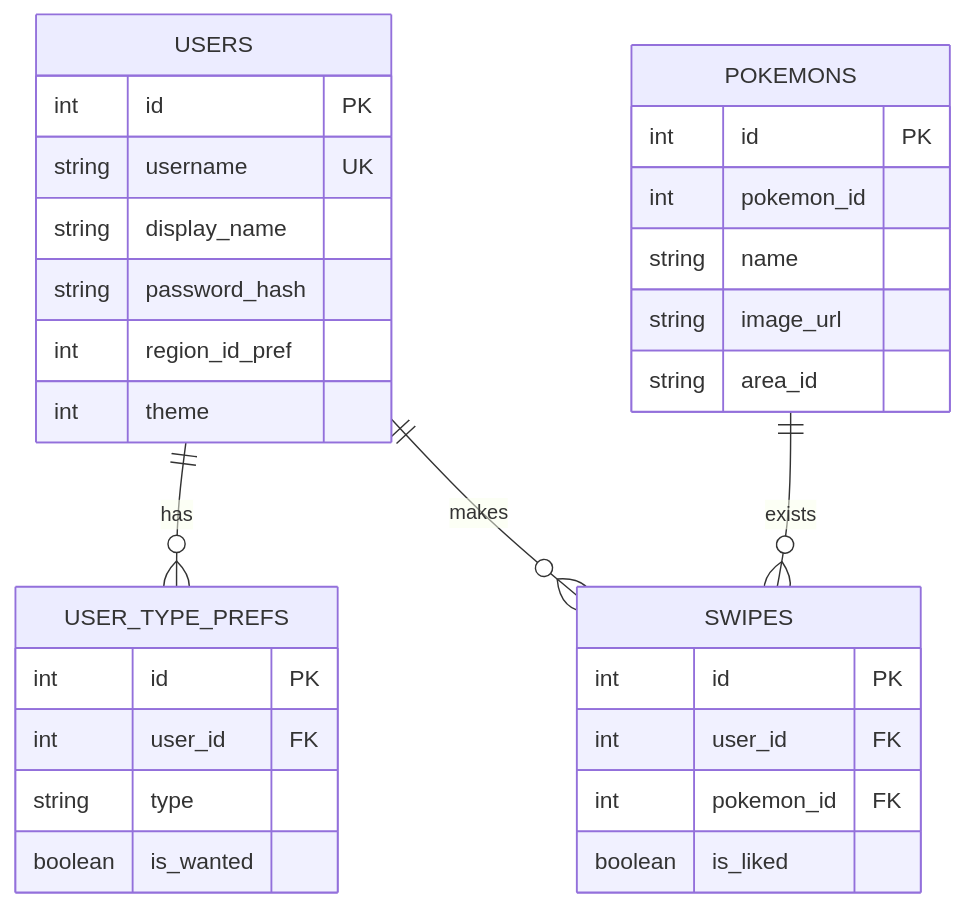
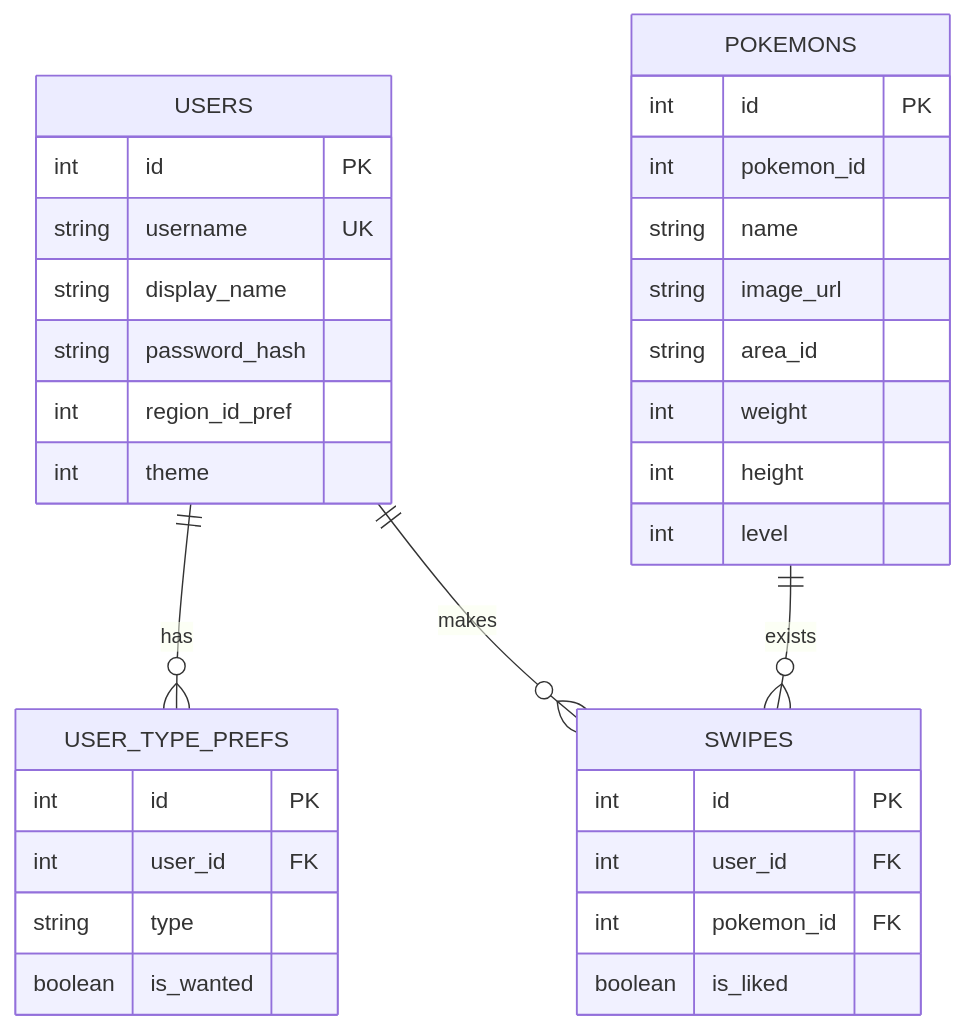
Before and after one commit to hauglandvegard/DexMatch: the second of 3 diagrams in README.md, drawn with Mermaid.

Commit message:
Updated README.md - Updated the database for Pokémons

````diff
--- a/README.md
+++ b/README.md
@@ -67,37 +67,40 @@
   ```mermaid
   erDiagram
       USERS {
           int id PK
           string username UK
           string display_name
           string password_hash
           int region_id_pref
           int theme
       }
       
       USER_TYPE_PREFS {
           int id PK
           int user_id FK
           string type
           boolean is_wanted
       }
       
       POKEMONS {
           int id PK          
           int pokemon_id
           string name
           string image_url
           string area_id
+          int weight
+          int height
+          int level
       }
       
       SWIPES {
           int id PK
           int user_id FK
           int pokemon_id FK
           boolean is_liked
       }
       
       USERS ||--o{ USER_TYPE_PREFS: has
       USERS ||--o{ SWIPES: makes
       POKEMONS ||--o{ SWIPES: exists
   ```
````
